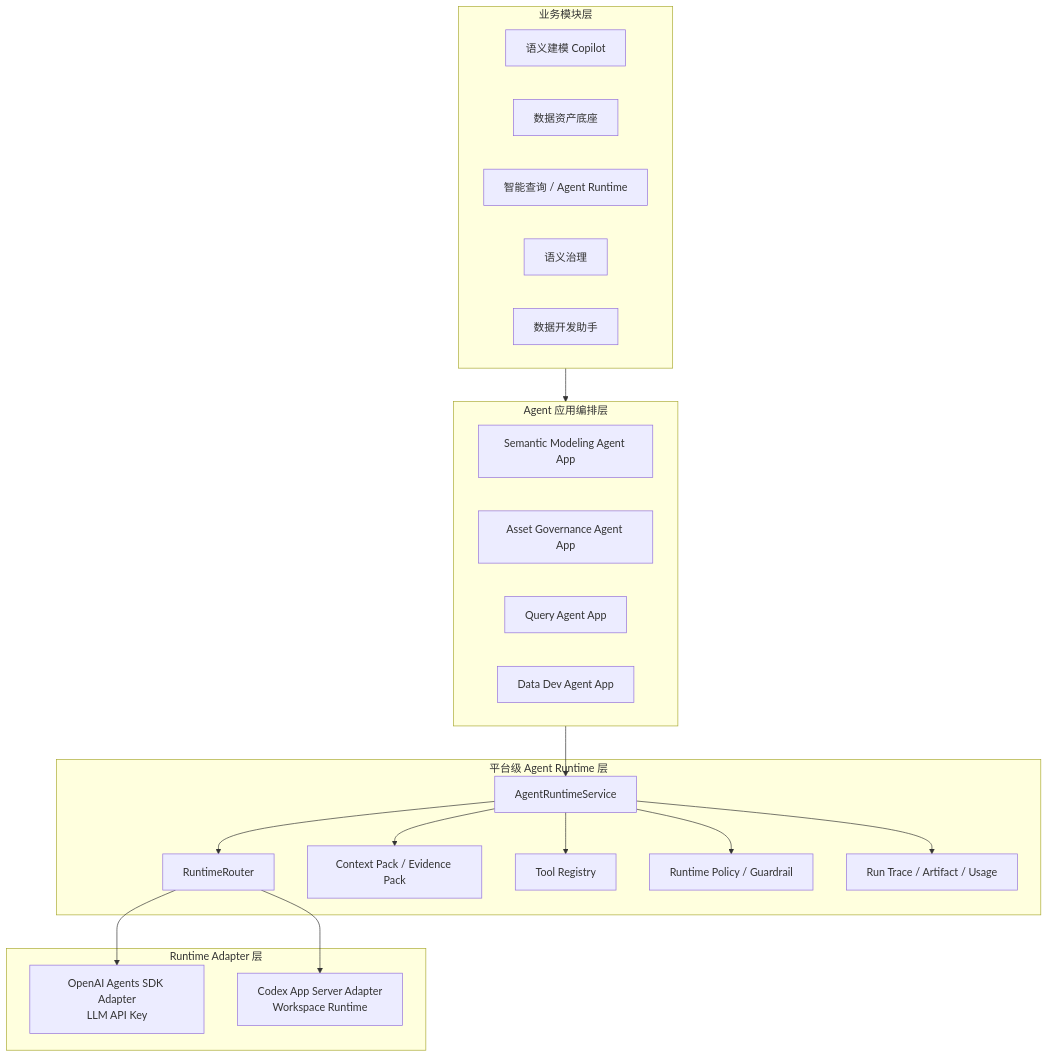
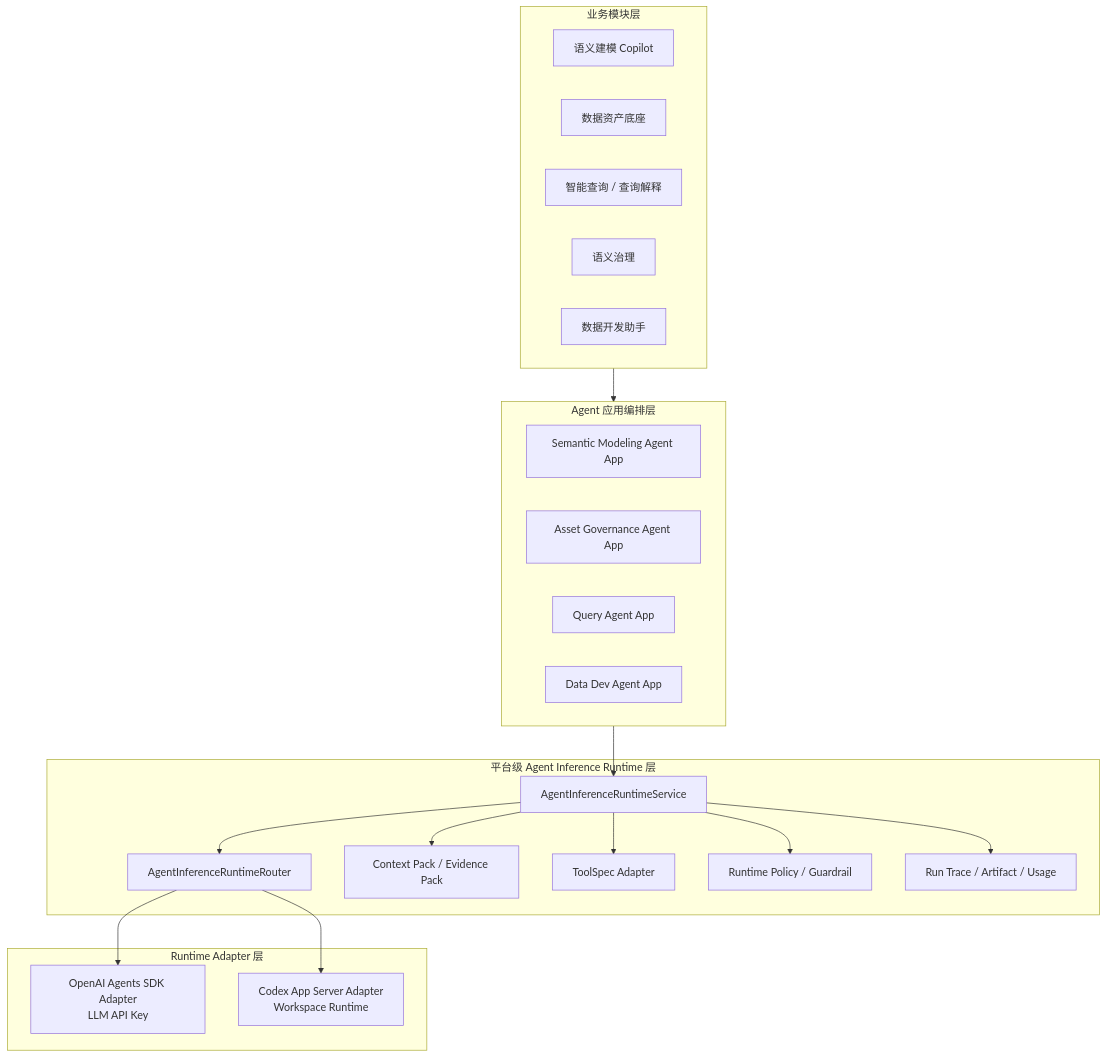
The first of 3 diagrams in docs/architecture/agent-runtime-platform.md (xza-m/cubic3-data-platform), drawn with Mermaid before and after one commit. The commit also changed other lines of this file and 1 other file, not shown here.

Commit message:
docs: address agent runtime review feedback

````diff
--- a/docs/architecture/agent-runtime-platform.md
+++ b/docs/architecture/agent-runtime-platform.md
@@ -55,41 +69,41 @@
 ```mermaid
 flowchart TD
   subgraph Modules["业务模块层"]
     Semantic["语义建模 Copilot"]
     Assets["数据资产底座"]
-    Query["智能查询 / Agent Runtime"]
+    Query["智能查询 / 查询解释"]
     Governance["语义治理"]
     Dev["数据开发助手"]
   end
 
   subgraph AgentApps["Agent 应用编排层"]
     SemanticApp["Semantic Modeling Agent App"]
     AssetApp["Asset Governance Agent App"]
     QueryApp["Query Agent App"]
     DevApp["Data Dev Agent App"]
   end
 
-  subgraph Runtime["平台级 Agent Runtime 层"]
-    RuntimeService["AgentRuntimeService"]
-    Router["RuntimeRouter"]
+  subgraph Runtime["平台级 Agent Inference Runtime 层"]
+    RuntimeService["AgentInferenceRuntimeService"]
+    Router["AgentInferenceRuntimeRouter"]
     Context["Context Pack / Evidence Pack"]
-    Tools["Tool Registry"]
+    Tools["ToolSpec Adapter"]
     Policy["Runtime Policy / Guardrail"]
     Trace["Run Trace / Artifact / Usage"]
   end
 
   subgraph Adapters["Runtime Adapter 层"]
     OpenAI["OpenAI Agents SDK Adapter<br/>LLM API Key"]
     Codex["Codex App Server Adapter<br/>Workspace Runtime"]
   end
 
   Modules --> AgentApps
   AgentApps --> RuntimeService
   RuntimeService --> Router
   RuntimeService --> Context
   RuntimeService --> Tools
   RuntimeService --> Policy
   RuntimeService --> Trace
   Router --> OpenAI
   Router --> Codex
 ```
````
